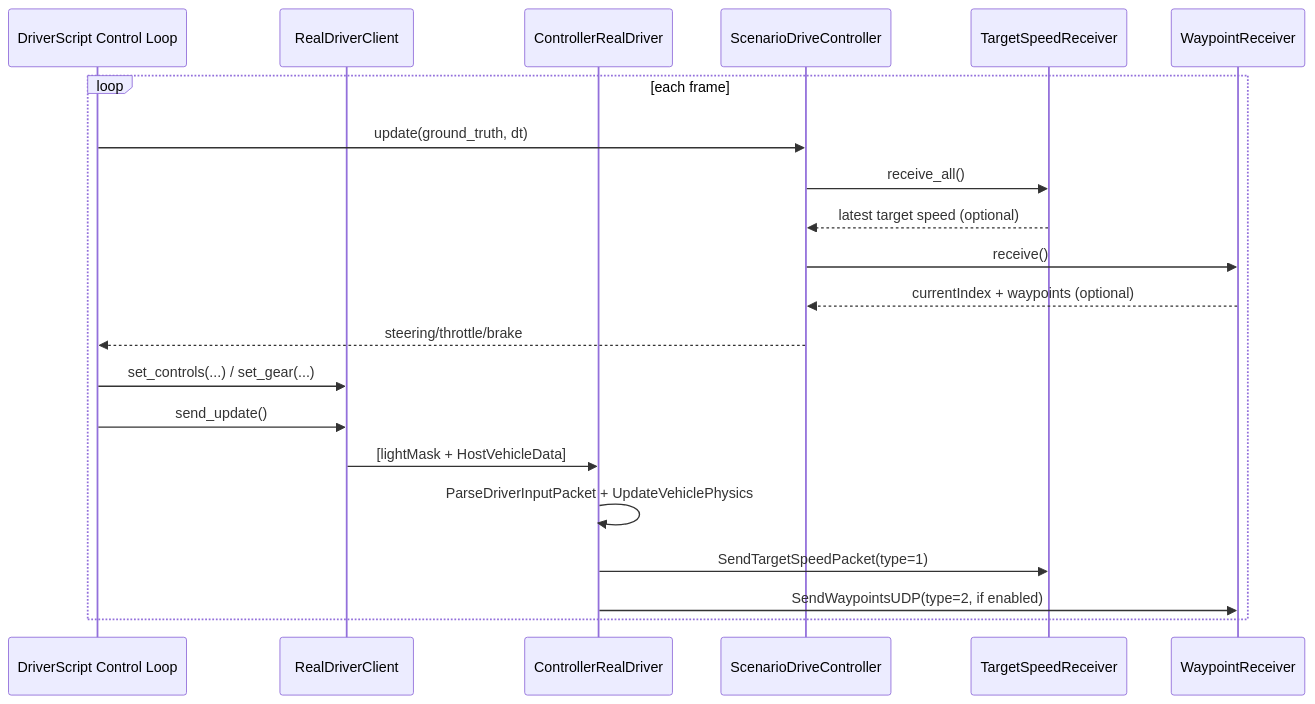
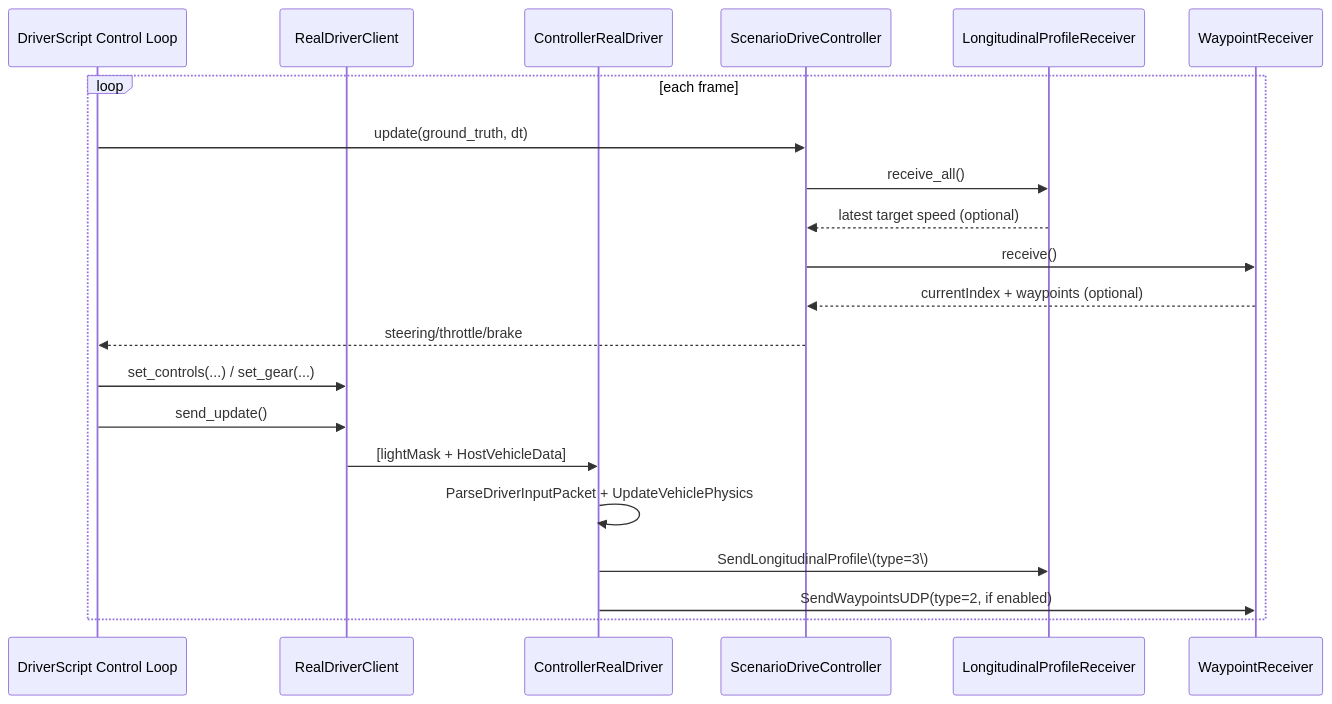
One commit to GT-karny/esmini changed the tenth of 10 diagrams in GT_esmini/docs/controller_real_driver_logic.md. Above: the diagram before and after it, drawn with Mermaid. The commit also changed other lines of this file and 38 other files, not shown here.

````diff
--- a/GT_esmini/docs/controller_real_driver_logic.md
+++ b/GT_esmini/docs/controller_real_driver_logic.md
@@ -240,24 +240,24 @@
 ```mermaid
 sequenceDiagram
     participant PY as DriverScript Control Loop
     participant RC as RealDriverClient
     participant CRD as ControllerRealDriver
     participant SR as ScenarioDriveController
-    participant TS as TargetSpeedReceiver
+    participant TS as LongitudinalProfileReceiver
     participant WP as WaypointReceiver
 
     loop each frame
         PY->>SR: update(ground_truth, dt)
         SR->>TS: receive_all()
         TS-->>SR: latest target speed (optional)
         SR->>WP: receive()
         WP-->>SR: currentIndex + waypoints (optional)
         SR-->>PY: steering/throttle/brake
         PY->>RC: set_controls(...) / set_gear(...)
         PY->>RC: send_update()
         RC->>CRD: [lightMask + HostVehicleData]
         CRD->>CRD: ParseDriverInputPacket + UpdateVehiclePhysics
-        CRD->>TS: SendTargetSpeedPacket(type=1)
+        CRD->>TS: SendLongitudinalProfile\(type=3\)
         CRD->>WP: SendWaypointsUDP(type=2, if enabled)
     end
 ```
````
